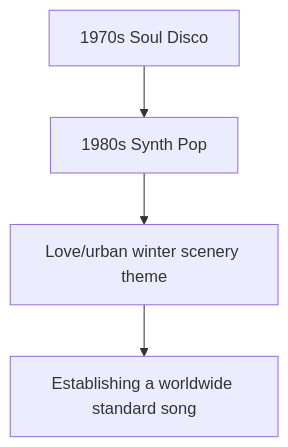
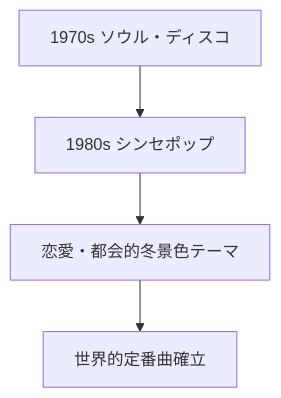
The fourth of 6 diagrams in en/_posts/2025-11-16-column-christmas-songs-history.md (monumental-movement/monumental-movement.github.io), drawn with Mermaid before and after one commit. The commit also changed other lines of this file and 775 other files, not shown here.

```diff
--- a/en/_posts/2025-11-16-column-christmas-songs-history.md
+++ b/en/_posts/2025-11-16-column-christmas-songs-history.md
@@ -148,6 +148,6 @@
 <div class="mermaid">
 flowchart TD
-    A["1970s Soul Disco"] --> B["1980s Synth Pop"]
-    B --> C["Love/urban winter scenery theme"]
-    C --> D["Establishing a worldwide standard song"]
+    A["1970s ソウル・ディスコ"] --> B["1980s シンセポップ"]
+    B --> C["恋愛・都会的冬景色テーマ"]
+    C --> D["世界的定番曲確立"]
 </div>
```
